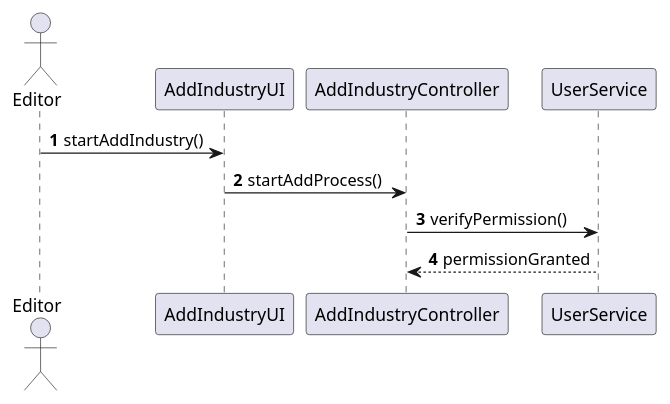
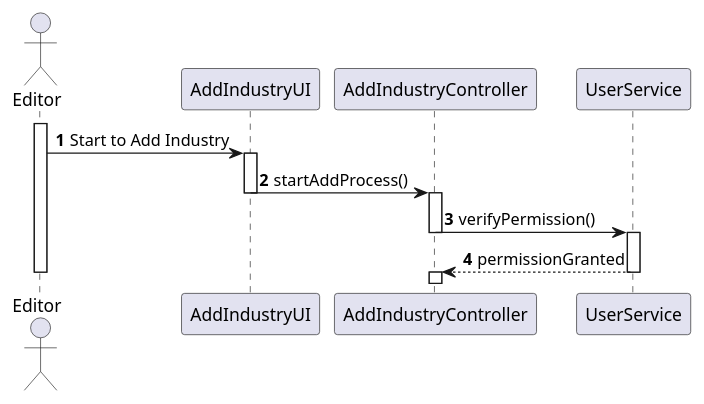
One commit to Andremonteiro1240850/railway_simulator changed the diagram in Sprint2/US02/03.design.us02/puml/US02-SD-partial-start-process-permisson-check.puml. Above: the diagram before and after it, drawn with PlantUML. The commit also changed 3 other files, not shown here.

Commit message:
Diagrams Updated

```diff
--- a/Sprint2/US02/03.design.us02/puml/US02-SD-partial-start-process-permisson-check.puml
+++ b/Sprint2/US02/03.design.us02/puml/US02-SD-partial-start-process-permisson-check.puml
@@ -1,20 +1,31 @@
 @startuml
 'skinparam monochrome true
 skinparam packageStyle rectangle
 skinparam shadowing false
 
 autonumber
 
 'hide footbox
 actor Editor
 
 participant AddIndustryUI
 participant AddIndustryController
 participant UserService
+activate Editor
 
-Editor -> AddIndustryUI : startAddIndustry()
+Editor -> AddIndustryUI : Start to Add Industry
+activate AddIndustryUI
 AddIndustryUI -> AddIndustryController : startAddProcess()
+deactivate AddIndustryUI
+activate AddIndustryController
 
 AddIndustryController -> UserService : verifyPermission()
+deactivate AddIndustryController
+activate UserService
+
 UserService --> AddIndustryController : permissionGranted
+deactivate UserService
+activate AddIndustryController
+
+deactivate Editor
 @enduml
```
